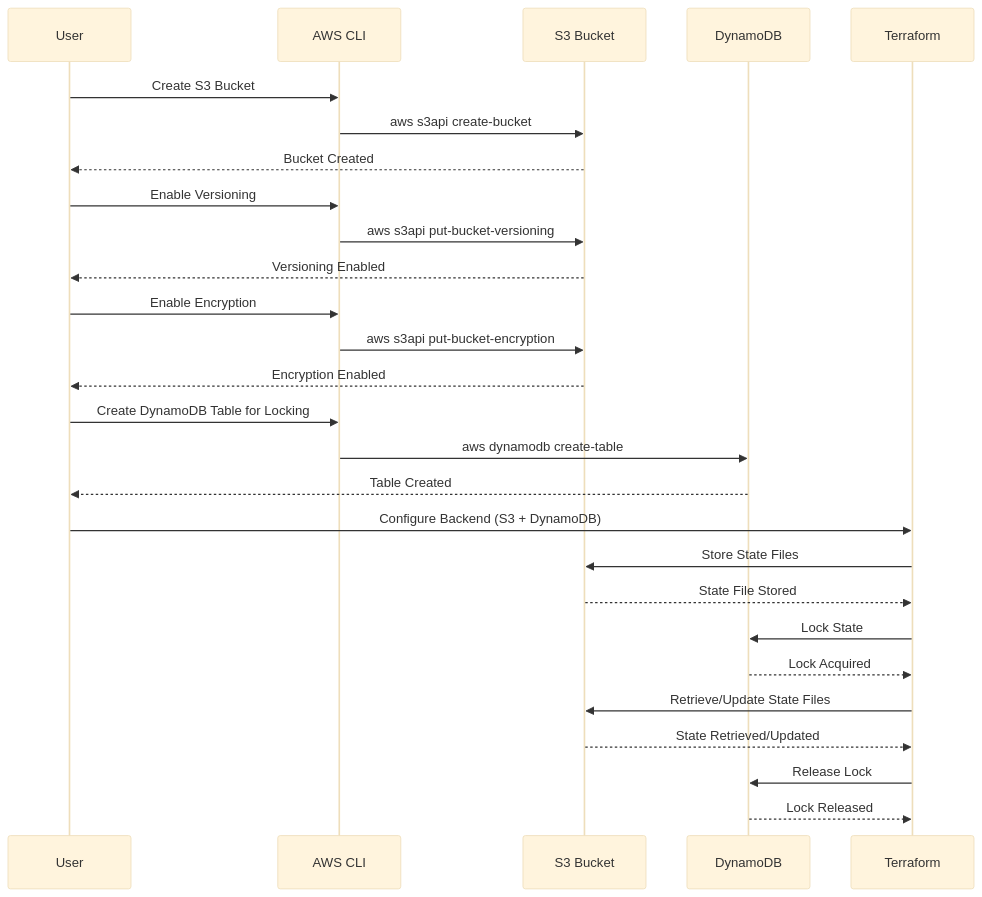
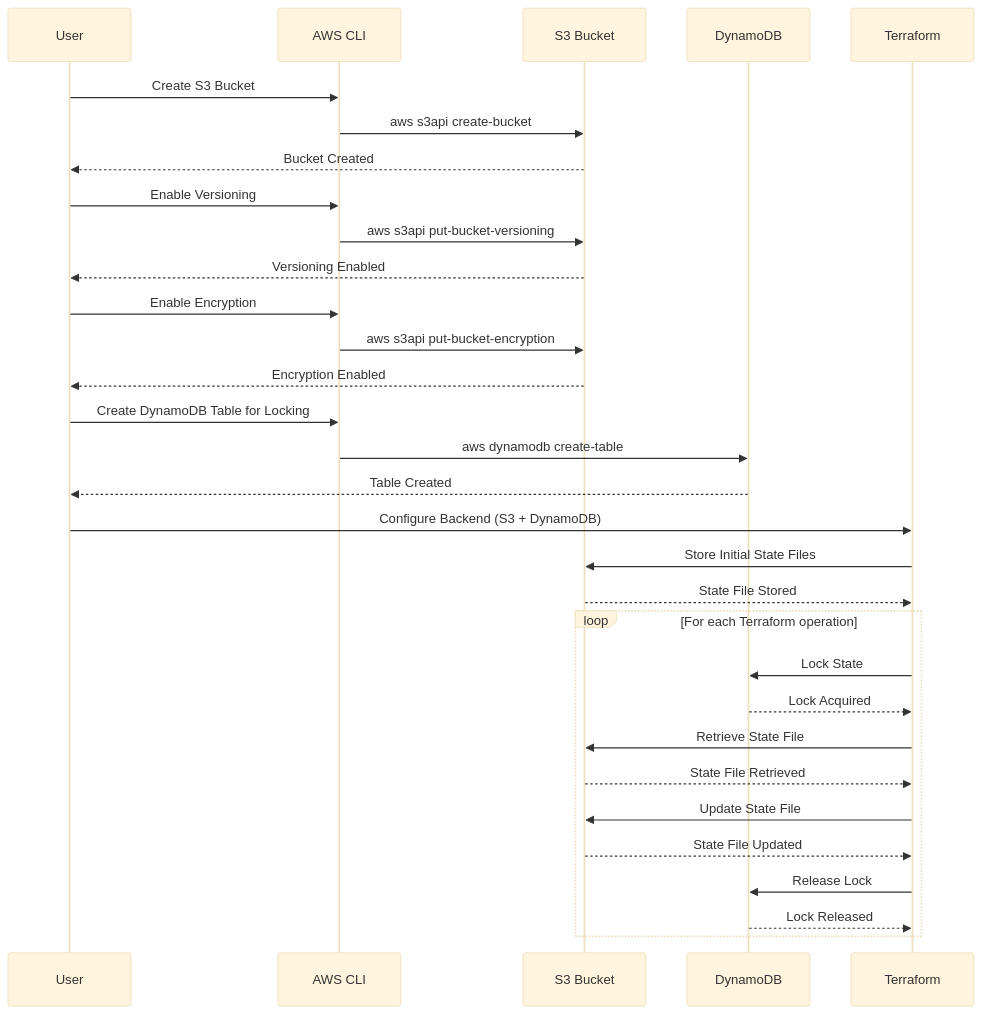
One commit to MinhHungPhan/terraform-bootcamp changed the diagram in 04-terraform-hands-on-labs/01-configuring-terraform/01-creating-aws-backend-resources-for-terraform/README.md. Above: the diagram before and after it, drawn with Mermaid (base theme).

Commit message:
updated Sequence Diagram

````diff
--- a/04-terraform-hands-on-labs/01-configuring-terraform/01-creating-aws-backend-resources-for-terraform/README.md
+++ b/04-terraform-hands-on-labs/01-configuring-terraform/01-creating-aws-backend-resources-for-terraform/README.md
@@ -58,36 +58,41 @@
 ```mermaid
 sequenceDiagram
     participant User
     participant AWS CLI
     participant S3 Bucket
     participant DynamoDB
 
     User->>AWS CLI: Create S3 Bucket
     AWS CLI->>S3 Bucket: aws s3api create-bucket
     S3 Bucket-->>User: Bucket Created
 
     User->>AWS CLI: Enable Versioning
     AWS CLI->>S3 Bucket: aws s3api put-bucket-versioning
     S3 Bucket-->>User: Versioning Enabled
 
     User->>AWS CLI: Enable Encryption
     AWS CLI->>S3 Bucket: aws s3api put-bucket-encryption
     S3 Bucket-->>User: Encryption Enabled
 
     User->>AWS CLI: Create DynamoDB Table for Locking
     AWS CLI->>DynamoDB: aws dynamodb create-table
     DynamoDB-->>User: Table Created
 
     User->>Terraform: Configure Backend (S3 + DynamoDB)
-    Terraform->>S3 Bucket: Store State Files
+    Terraform->>S3 Bucket: Store Initial State Files
     S3 Bucket-->>Terraform: State File Stored
 
-    Terraform->>DynamoDB: Lock State
-    DynamoDB-->>Terraform: Lock Acquired
+    loop For each Terraform operation
+        Terraform->>DynamoDB: Lock State
+        DynamoDB-->>Terraform: Lock Acquired
 
-    Terraform->>S3 Bucket: Retrieve/Update State Files
-    S3 Bucket-->>Terraform: State Retrieved/Updated
+        Terraform->>S3 Bucket: Retrieve State File
+        S3 Bucket-->>Terraform: State File Retrieved
 
-    Terraform->>DynamoDB: Release Lock
-    DynamoDB-->>Terraform: Lock Released
+        Terraform->>S3 Bucket: Update State File
+        S3 Bucket-->>Terraform: State File Updated
+
+        Terraform->>DynamoDB: Release Lock
+        DynamoDB-->>Terraform: Lock Released
+    end
 ```
````
